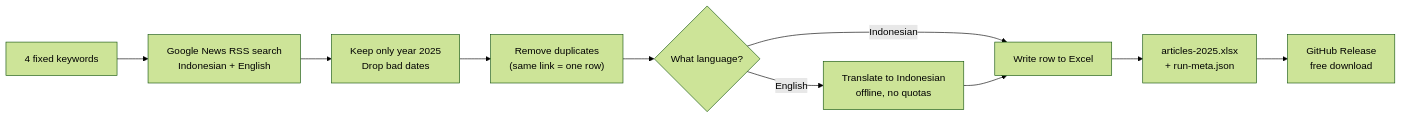
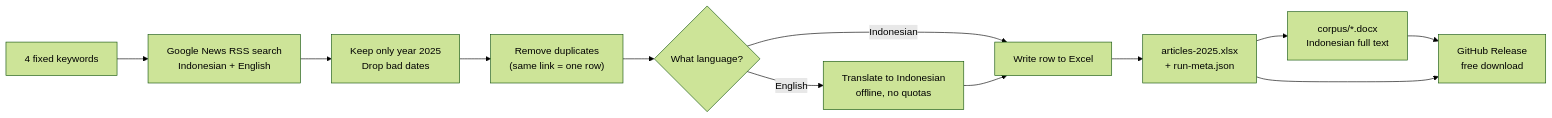
Before and after one commit to vityasyyy/microsoft-indonesia-news-scraper: the diagram in README.md, drawn with Mermaid (forest theme). The commit also changed other lines of this file and 4 other files, not shown here.

````diff
--- a/README.md
+++ b/README.md
@@ -20,12 +20,14 @@
 ```mermaid
 flowchart LR
     K["4 fixed keywords"] --> F["Google News RSS search\nIndonesian + English"]
     F --> D["Keep only year 2025\nDrop bad dates"]
     D --> U["Remove duplicates\n(same link = one row)"]
     U --> L{"What language?"}
     L -->|Indonesian| X["Write row to Excel"]
     L -->|English| T["Translate to Indonesian\noffline, no quotas"]
     T --> X
     X --> E["articles-2025.xlsx\n+ run-meta.json"]
+    E --> C["corpus/*.docx\nIndonesian full text"]
+    C --> R
     E --> R["GitHub Release\nfree download"]
 ```
````
